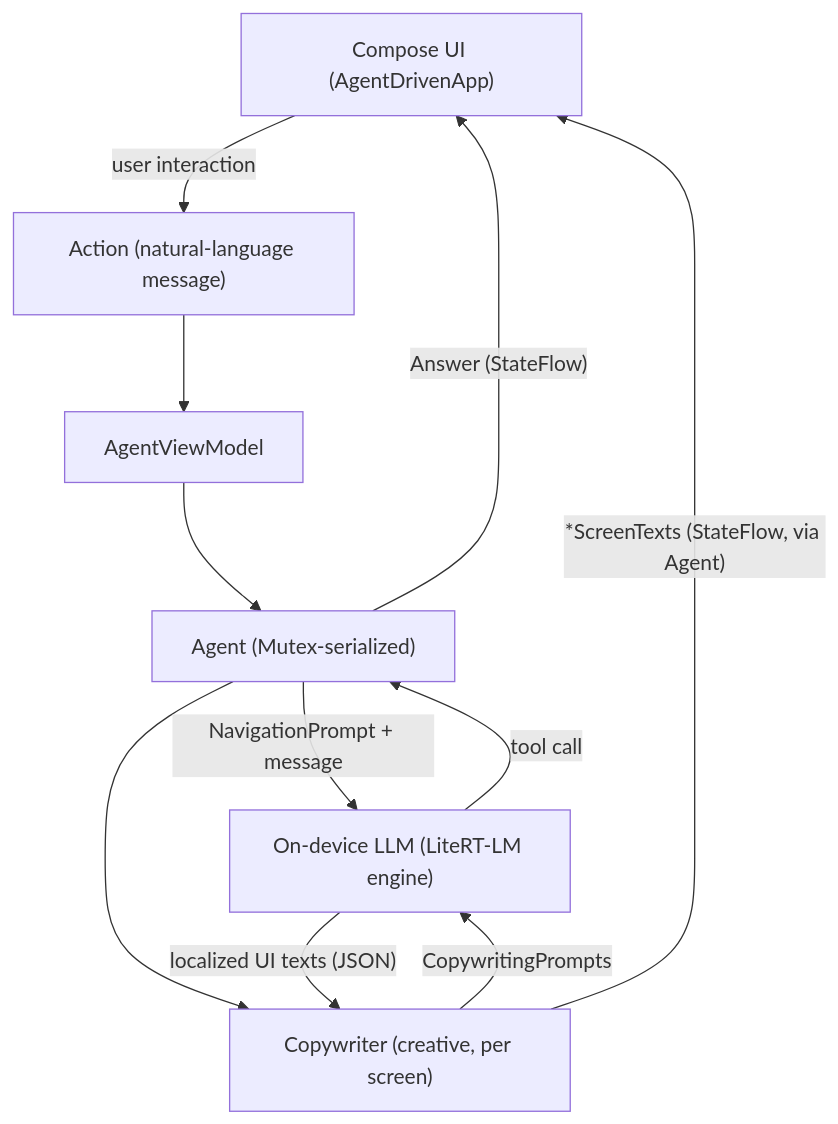
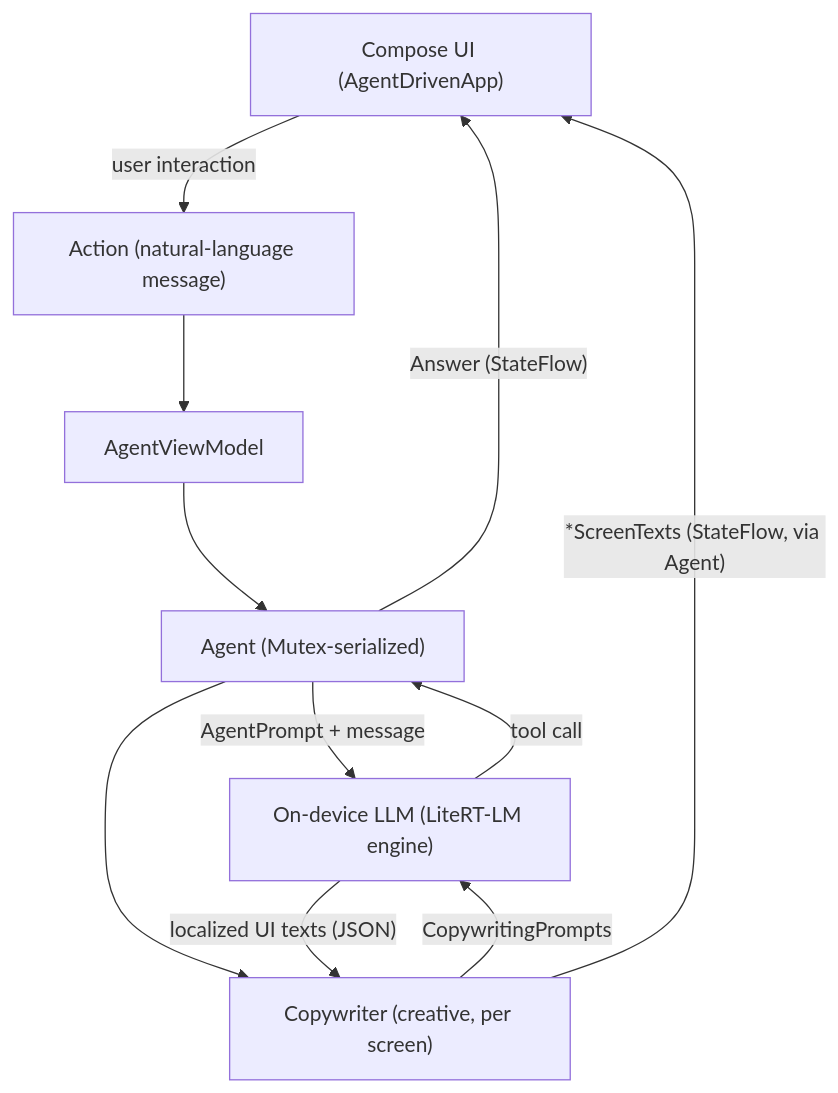
The second of 2 diagrams in README.md (kamilpierudzki/ai-powered-demo-app), drawn with Mermaid before and after one commit. The commit also changed other lines of this file and 3 other files, not shown here.

````diff
--- a/README.md
+++ b/README.md
@@ -50,13 +50,13 @@
 ```mermaid
 flowchart TD
     UI["Compose UI (AgentDrivenApp)"] -->|"user interaction"| Action["Action (natural-language message)"]
     Action --> VM["AgentViewModel"]
     VM --> Agent["Agent (Mutex-serialized)"]
-    Agent -->|"NavigationPrompt + message"| LLM["On-device LLM (LiteRT-LM engine)"]
+    Agent -->|"AgentPrompt + message"| LLM["On-device LLM (LiteRT-LM engine)"]
     LLM -->|"tool call"| Agent
     Agent -->|"Answer (StateFlow)"| UI
     Agent --> Copywriter["Copywriter (creative, per screen)"]
     Copywriter -->|"CopywritingPrompts"| LLM
     LLM -->|"localized UI texts (JSON)"| Copywriter
     Copywriter -->|"*ScreenTexts (StateFlow, via Agent)"| UI
 ```
````
